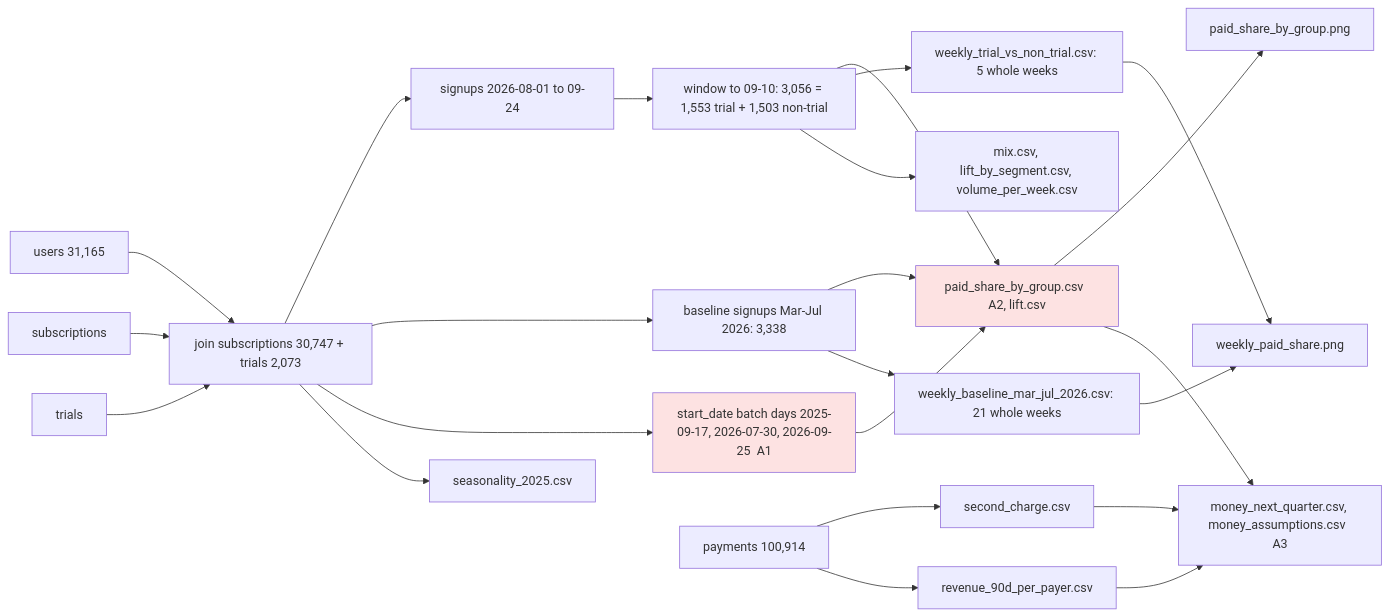
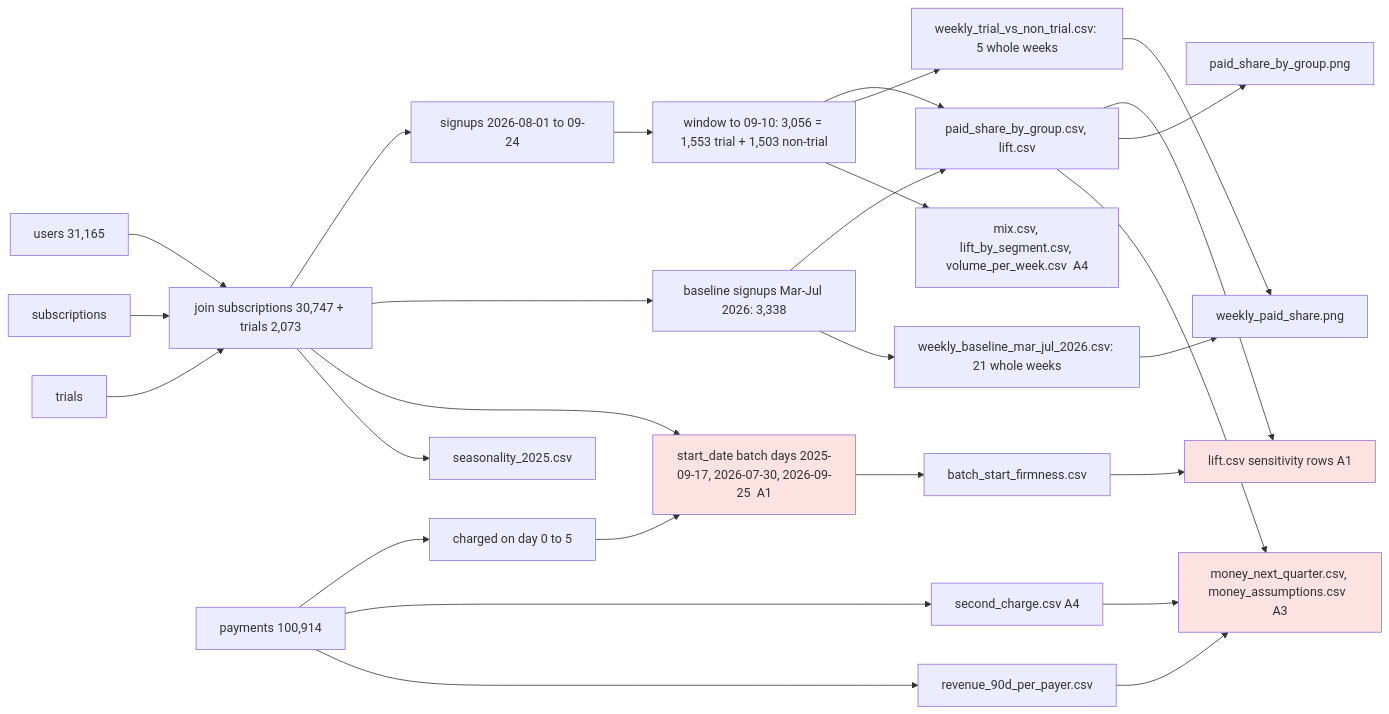
Before and after one commit to maakadam/ai-analyst: the diagram in outputs/2026-11-07_trial-conversion/review.md, drawn with Mermaid. The commit also changed other lines of this file and 11 other files, not shown here.

````diff
--- a/outputs/2026-11-07_trial-conversion/review.md
+++ b/outputs/2026-11-07_trial-conversion/review.md
@@ -7,28 +7,33 @@
 ```mermaid
 flowchart LR
   U[users 31,165] --> J[join subscriptions 30,747 + trials 2,073]
   S[subscriptions] --> J
   T[trials] --> J
   J --> E[signups 2026-08-01 to 09-24]
   E --> W[window to 09-10: 3,056 = 1,553 trial + 1,503 non-trial]
   J --> B[baseline signups Mar-Jul 2026: 3,338]
-  W --> M[paid_share_by_group.csv  A2, lift.csv]
+  W --> M[paid_share_by_group.csv, lift.csv]
   B --> M
+  P[payments 100,914] --> CH[charged on day 0 to 5]
+  J --> ST[start_date batch days 2025-09-17, 2026-07-30, 2026-09-25  A1]
+  CH --> ST
+  ST --> FIRM[batch_start_firmness.csv]
+  FIRM --> SENS[lift.csv sensitivity rows  A1]
+  M --> SENS
   M --> C1c[paid_share_by_group.png]
   W --> WK[weekly_trial_vs_non_trial.csv: 5 whole weeks]
   B --> BW[weekly_baseline_mar_jul_2026.csv: 21 whole weeks]
   WK --> C2c[weekly_paid_share.png]
   BW --> C2c
-  J --> ST[start_date batch days 2025-09-17, 2026-07-30, 2026-09-25  A1]
-  ST --> M
-  P[payments 100,914] --> RET[second_charge.csv]
+  P --> RET[second_charge.csv  A4]
   P --> REV[revenue_90d_per_payer.csv]
   REV --> MON[money_next_quarter.csv, money_assumptions.csv  A3]
   M --> MON
   RET --> MON
-  W --> MIX[mix.csv, lift_by_segment.csv, volume_per_week.csv]
+  W --> MIX[mix.csv, lift_by_segment.csv, volume_per_week.csv  A4]
   J --> SEA[seasonality_2025.csv]
   ST:::issue
-  M:::issue
+  SENS:::issue
+  MON:::issue
   classDef issue fill:#fde2e2
 ```
````
